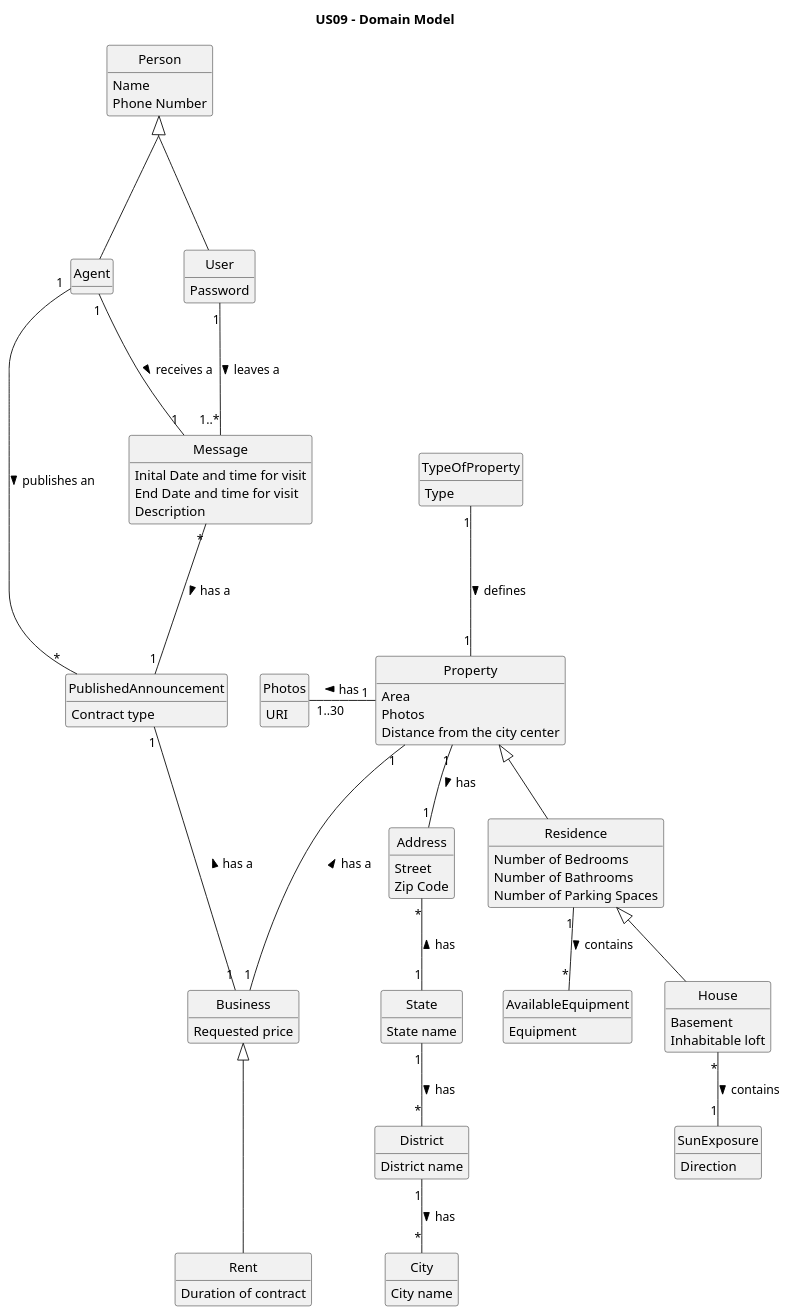
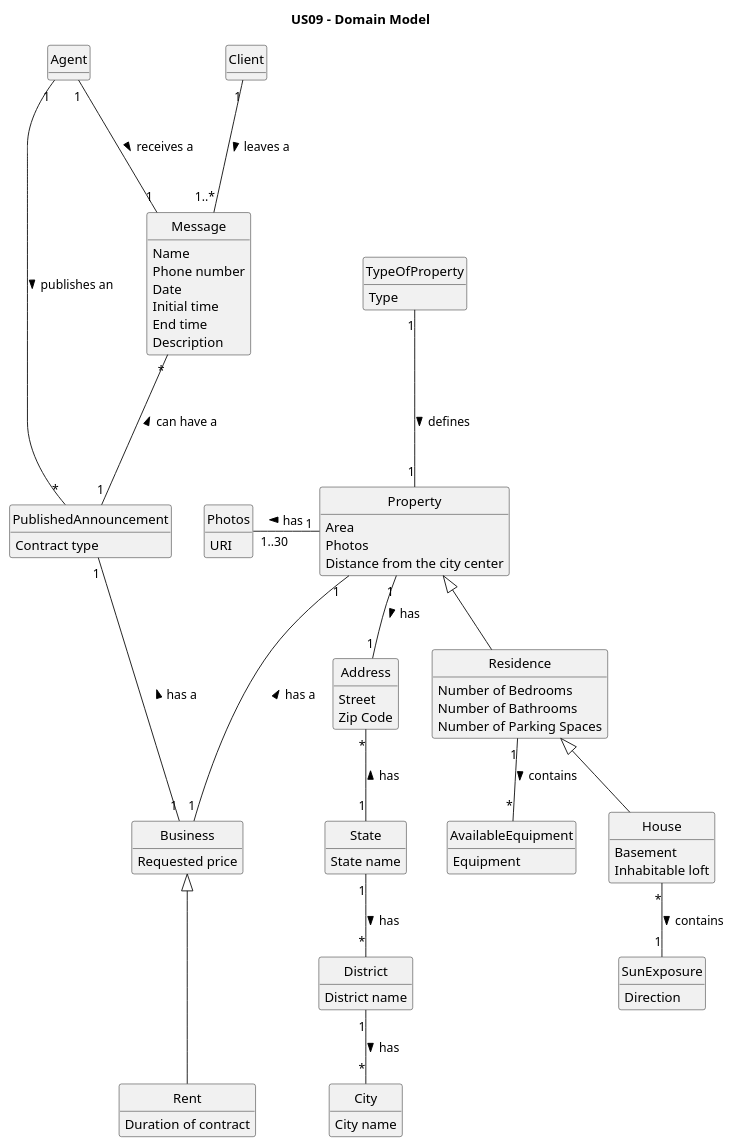
Before and after one commit to PureNimble/ISEP-LAPR2: the diagram in docs/sprintC/US09/02.analysis/puml/us09-domain-model.puml, drawn with PlantUML. The commit also changed 2 other files, not shown here.

Commit message:
US 09 - Class Diagram and Domain Model Update

```diff
--- a/docs/sprintC/US09/02.analysis/puml/us09-domain-model.puml
+++ b/docs/sprintC/US09/02.analysis/puml/us09-domain-model.puml
@@ -1,127 +1,126 @@
 @startuml
 
 skinparam groupInheritance 2
 skinparam monochrome true
 skinparam packageStyle rectangle
 skinparam shadowing false
 'skinparam linetype ortho
 'left to right direction
 skinparam classAttributeIconSize 0
 hide circle
 hide methods
 
 title US09 - Domain Model
 
 class Address {
     Street
     Zip Code
 }
 
 class City {
     City name
 }
 
 class District {
     District name
 }
 
 class State {
     State name
 }
 
 State "1" -down- "*" District: has >
 District "1" -down- "*" City: has >
 Address "*" -down- "1" State: has <
 
 
-class User {
-    Password
+class Client {
+
 }
 
 
 class Residence {
     Number of Bedrooms
     Number of Bathrooms
     Number of Parking Spaces
 }
 
 class Property {
     Area
     Photos
     Distance from the city center
 }
 
 class TypeOfProperty{
     Type
 }
 
 class Photos {
     URI
 }
 
 class House {
     Basement
     Inhabitable loft
 }
 
 class SunExposure {
     Direction
 }
 
 class AvailableEquipment {
     Equipment
 }
 
 Residence <|-down- House
 Property <|-down- Residence
 Property "1" -left-- "1..30" Photos: has >
 SunExposure "1" -up- "*" House: contains <
 Address "1" -up- "1" Property: has <
 AvailableEquipment "*" -up- "1" Residence: contains <
 TypeOfProperty "1" -down-- "1" Property: defines >
 
 
 class Rent {
     Duration of contract
 }
 
 class Business {
     Requested price
 }
 
 class PublishedAnnouncement {
     Contract type
 }
 
 
 Property "1" --- "1" Business: has a <
 PublishedAnnouncement "1" --- "1" Business: has a <
 Business <|--- Rent
 
 class Message{
-    Inital Date and time for visit
-    End Date and time for visit
+    Name
+    Phone number
+    Date
+    Initial time
+    End time
     Description
 }
 
 class Agent{
 }
 
-class Person{
-Name
-Phone Number
-}
 
-Message "*" --- "1" PublishedAnnouncement: has a >
-User "1" --- "1..*" Message: leaves a >
+
+Message "*" --- "1" PublishedAnnouncement: can have a <
+Client "1" --- "1..*" Message: leaves a >
 Agent "1" --- "1" Message: receives a >
 Agent "1" --- "*" PublishedAnnouncement: publishes an >
-Person  <|--- Agent
-Person <|--- User
+
 
 
 
 
 
 
 @enduml
```
